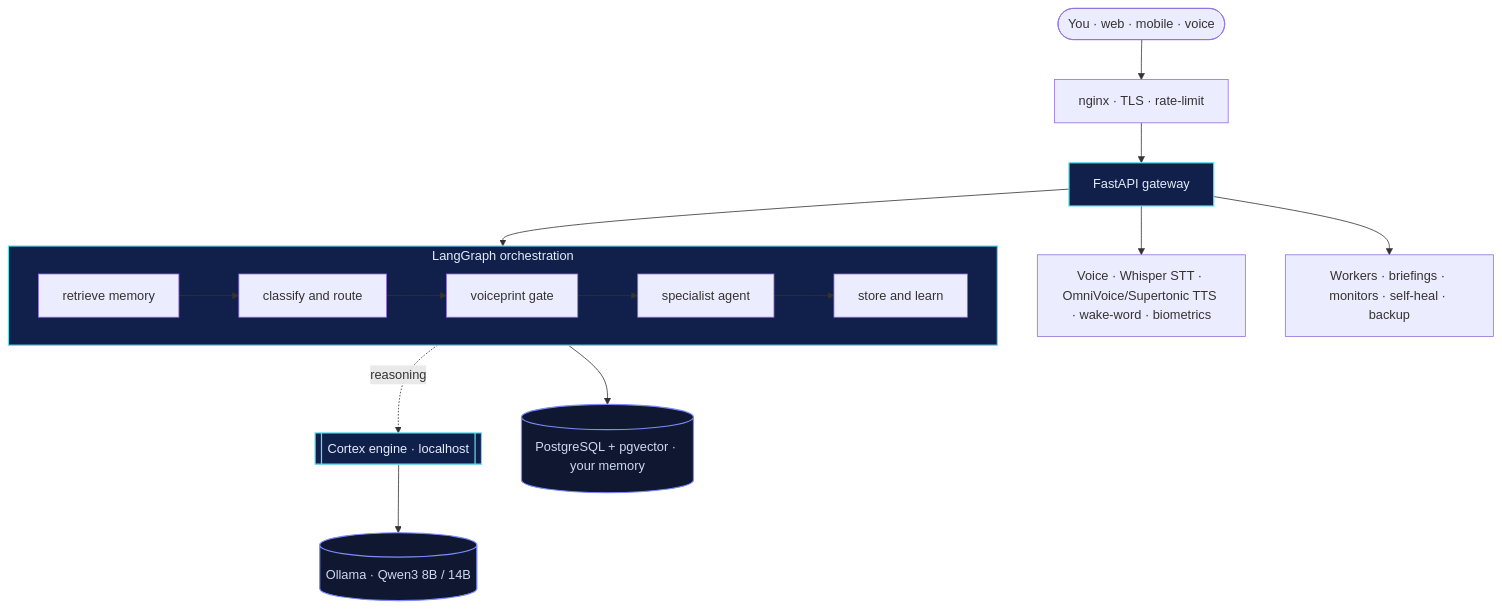
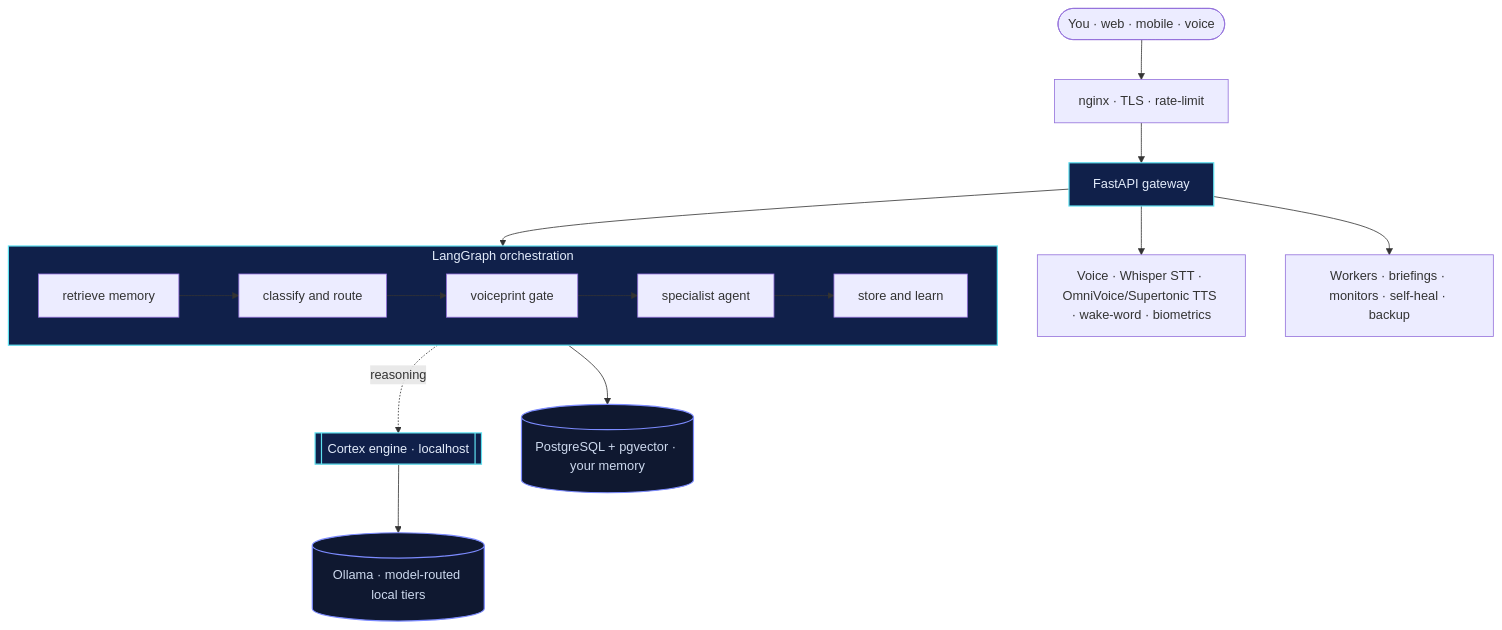
Before and after one commit to Praveenkumar101508/private-Jarvis: the diagram in README.md, drawn with Mermaid. The commit also changed other lines of this file and 1 other file, not shown here.

First line of the commit message:
docs: document model routing, Deep Intelligence Mode, and answer quality in README

````diff
--- a/README.md
+++ b/README.md
@@ -70,22 +108,22 @@
 ```mermaid
 flowchart TB
     U([You · web · mobile · voice]) --> GW[nginx · TLS · rate-limit]
     GW --> API[FastAPI gateway]
 
     subgraph BRAIN[LangGraph orchestration]
       direction LR
       M[retrieve memory] --> C[classify and route] --> B[voiceprint gate] --> A[specialist agent] --> S[store and learn]
     end
 
     API --> BRAIN
     A -. reasoning .-> CX[[Cortex engine · localhost]]
-    CX --> OL[(Ollama · Qwen3 8B / 14B)]
+    CX --> OL[(Ollama · model-routed local tiers)]
     A --> MEM[(PostgreSQL + pgvector · your memory)]
     API --> VOICE[Voice · Whisper STT · OmniVoice/Supertonic TTS · wake-word · biometrics]
     API --> WRK[Workers · briefings · monitors · self-heal · backup]
 
     classDef accent fill:#10204a,stroke:#5ee0f0,color:#e3ecfb,stroke-width:1.5px;
     classDef store fill:#0f1830,stroke:#7c8bff,color:#cdd9ee,stroke-width:1.5px;
     class API,BRAIN,CX accent;
     class OL,MEM store;
 ```
````
